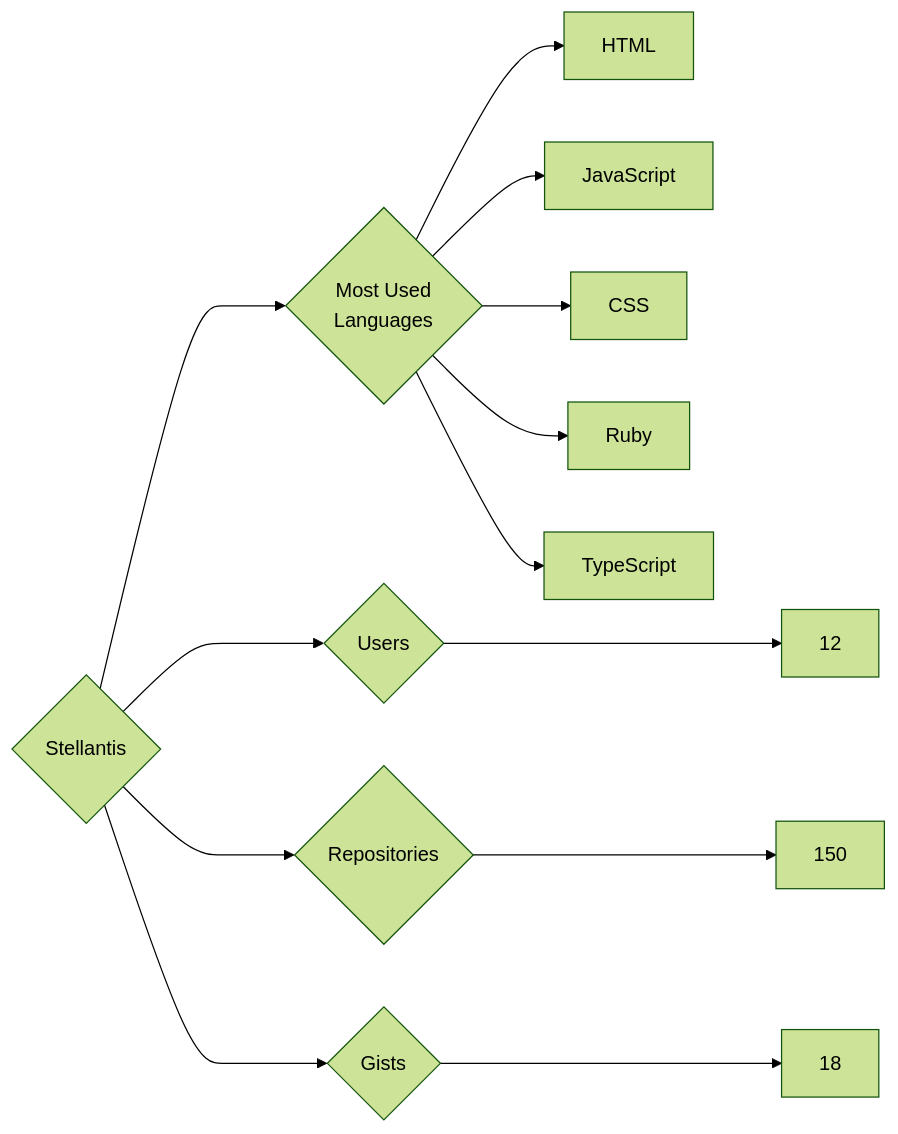
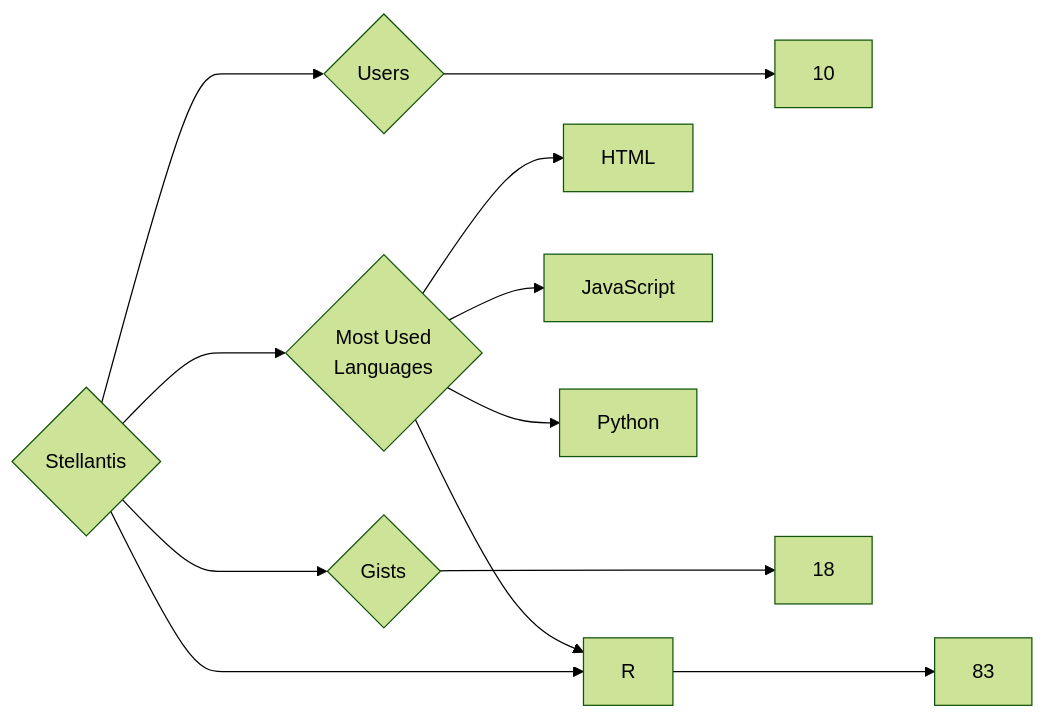
One commit to trickest/insiders changed the diagram in targets/Stellantis/README.md. Above: the diagram before and after it, drawn with Mermaid (forest theme). The commit also changed 1484 other files, not shown here.

````diff
--- a/targets/Stellantis/README.md
+++ b/targets/Stellantis/README.md
@@ -3,13 +3,12 @@
 ```mermaid
 graph LR
 COMPANY_NAME{Stellantis}
-COMPANY_NAME ---> U{Users} ---> UN[12]
-COMPANY_NAME ---> R{Repositories} ---> RN[150]
+COMPANY_NAME ---> U{Users} ---> UN[10]
+COMPANY_NAME ---> R{Repositories} ---> RN[83]
 COMPANY_NAME ---> G{Gists} ---> GN[18]
 COMPANY_NAME ---> ML{Most Used<br>Languages}
 ML --> HTML[HTML]
 ML --> JavaScript[JavaScript]
-ML --> CSS[CSS]
-ML --> Ruby[Ruby]
-ML --> TypeScript[TypeScript]
+ML --> R[R]
+ML --> Python[Python]
 ```
````
